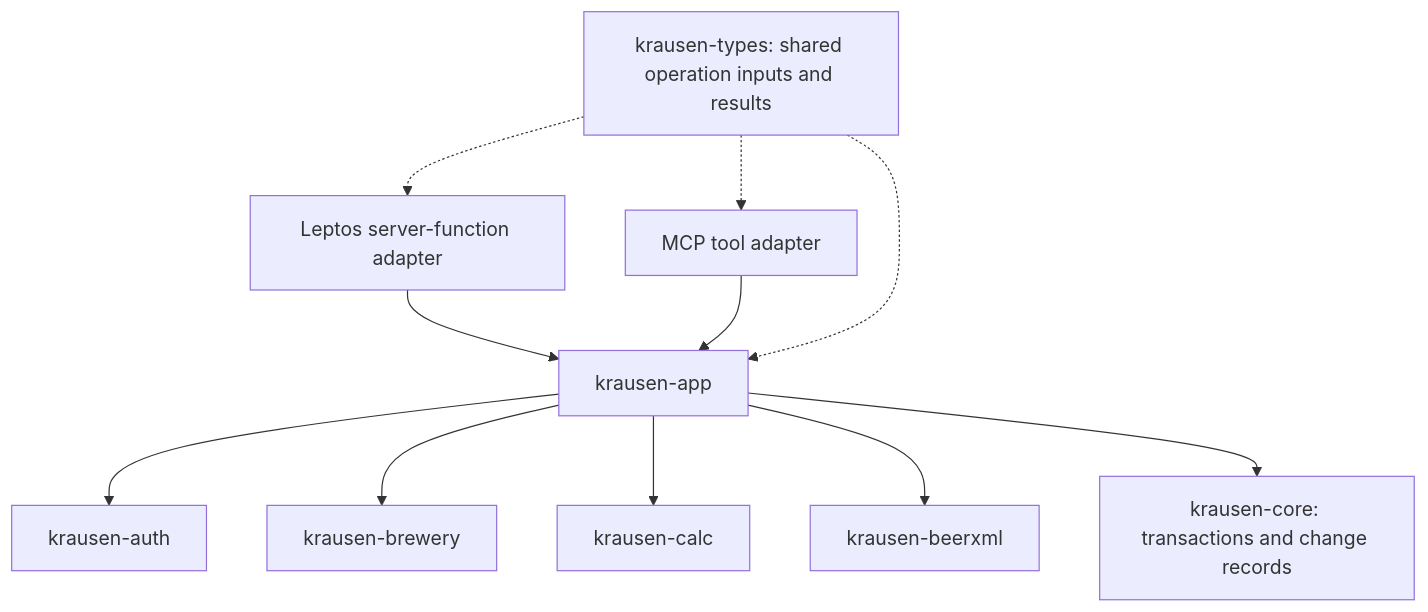
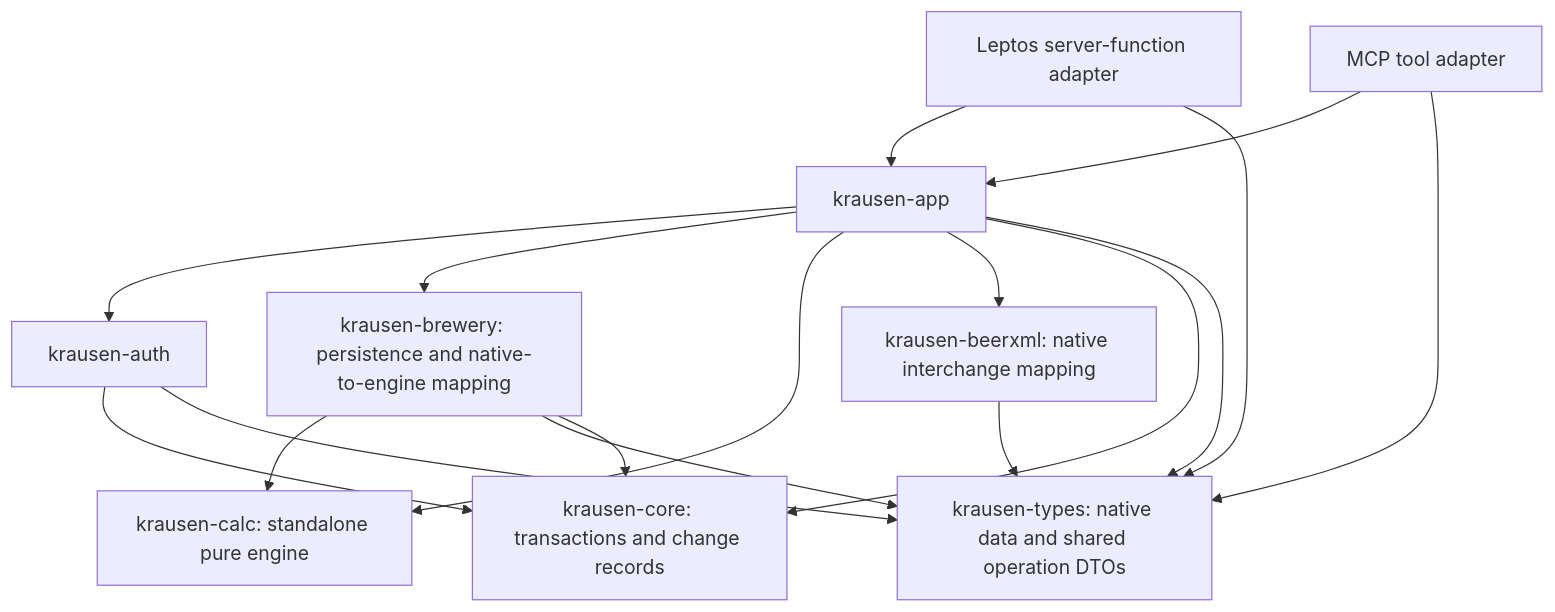
One commit to jasadams/krausen changed the second of 2 diagrams in docs/ARCHITECTURE.md. Above: the diagram before and after it, drawn with Mermaid. The commit also changed other lines of this file and 14 other files, not shown here.

Commit message:
docs: adopt shared application architecture and delivery contracts

````diff
--- a/docs/ARCHITECTURE.md
+++ b/docs/ARCHITECTURE.md
@@ -88,13 +86,20 @@
 ```mermaid
 flowchart TD
     UIAdapter[Leptos server-function adapter] --> App[krausen-app]
     MCPAdapter[MCP tool adapter] --> App
     App --> Auth[krausen-auth]
-    App --> Brewery[krausen-brewery]
-    App --> Calc[krausen-calc]
-    App --> XML[krausen-beerxml]
+    App --> Brewery[krausen-brewery: persistence and native-to-engine mapping]
+    App --> Calc[krausen-calc: standalone pure engine]
+    App --> XML[krausen-beerxml: native interchange mapping]
+    Brewery --> Calc
+    XML --> Types
+    Brewery --> Types
     App --> Core[krausen-core: transactions and change records]
-    Types[krausen-types: shared operation inputs and results] -.-> UIAdapter
-    Types -.-> MCPAdapter
-    Types -.-> App
+    Types[krausen-types: native data and shared operation DTOs]
+    UIAdapter --> Types
+    MCPAdapter --> Types
+    App --> Types
+    Brewery --> Core
+    Auth --> Core
+    Auth --> Types
 ```
````
